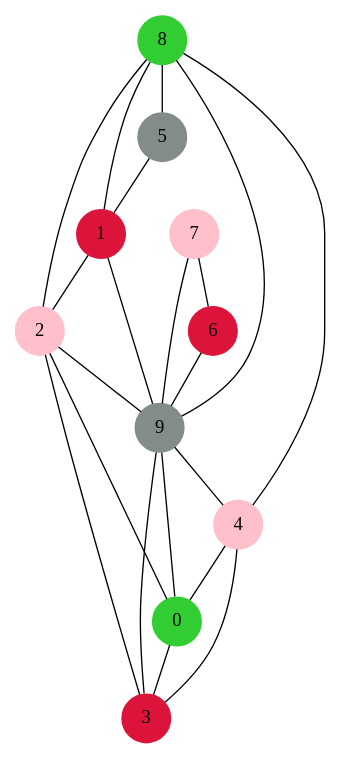
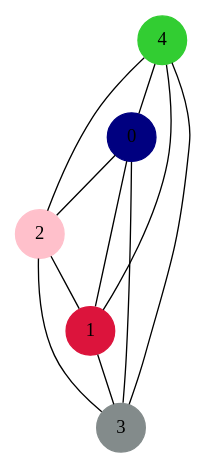
Before and after one commit to zakoo20122/gceda: the diagram in ts.dot, drawn with Graphviz. The commit also changed 4 other files, not shown here.

```diff
--- a/ts.dot
+++ b/ts.dot
@@ -1,33 +1,18 @@
 graph G { 
 graph [splines = true] node [height=0.4 shape=circle style=filled]
-3 [ color= crimson] ;
+3 [ color= azure4] ;
 2 [ color= pink] ;
 1 [ color= crimson] ;
-0 [ color= limegreen] ;
-7 [ color= pink] ;
-6 [ color= crimson] ;
-5 [ color= azure4] ;
-4 [ color= pink] ;
-9 [ color= azure4] ;
-8 [ color= limegreen] ;
-2 -- 9;
+0 [ color= navyblue] ;
+4 [ color= limegreen] ;
+2 -- 1;
 2 -- 3;
-2 -- 0;
-1 -- 2;
-1 -- 9;
+1 -- 3;
+0 -- 2;
 0 -- 3;
-7 -- 6;
-7 -- 9;
-6 -- 9;
-5 -- 1;
+0 -- 1;
+4 -- 2;
+4 -- 3;
+4 -- 1;
 4 -- 0;
-4 -- 3;
-9 -- 4;
-9 -- 0;
-9 -- 3;
-8 -- 5;
-8 -- 1;
-8 -- 2;
-8 -- 4;
-8 -- 9;
 }
```
